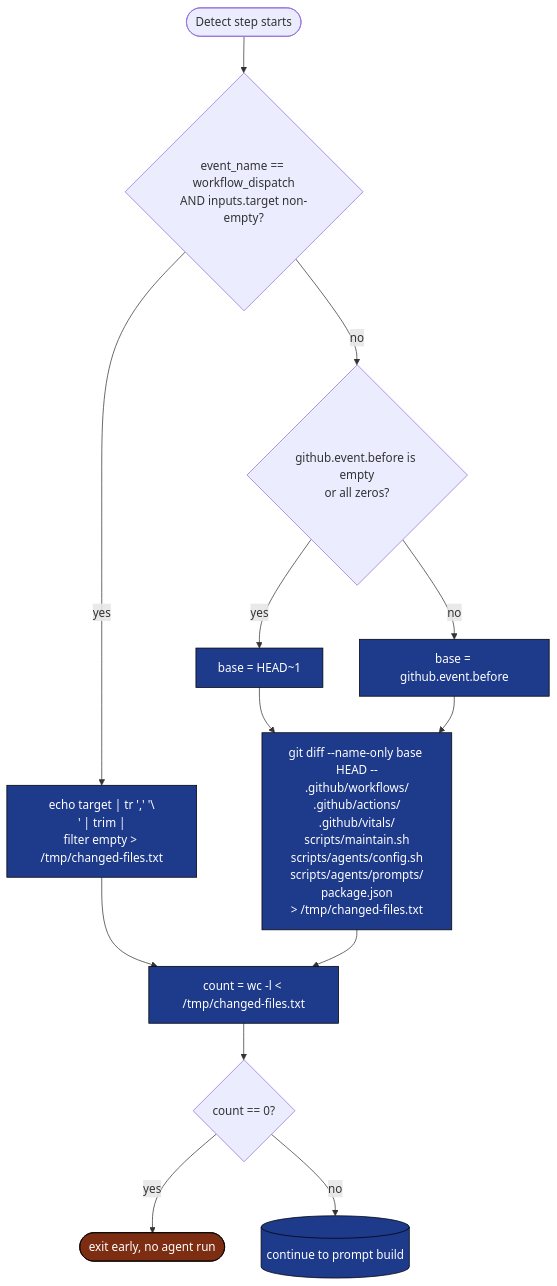
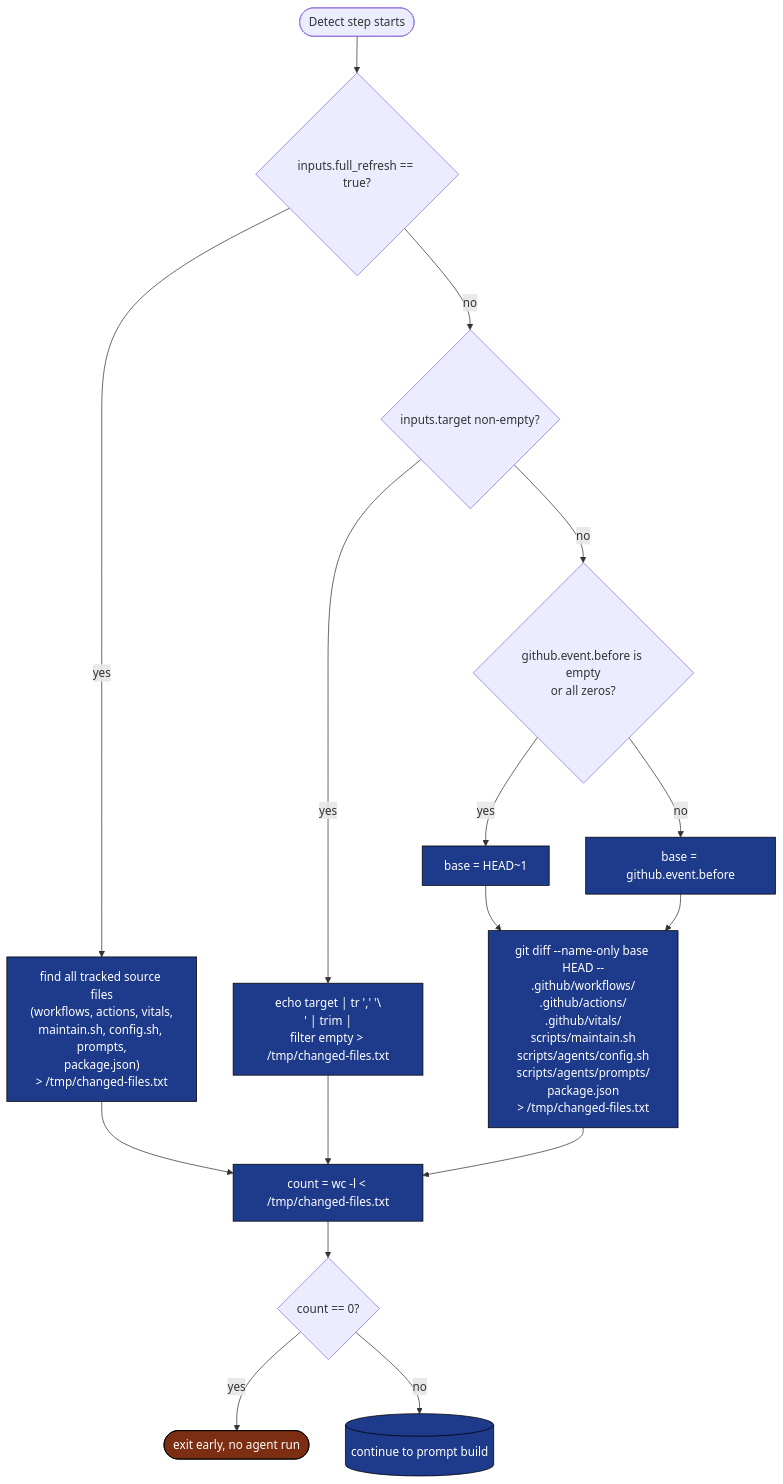
Before and after one commit to gregreindel/llm-exe: the seventh of 16 diagrams in .github/docs/DOCS_SYNC_DEEP_DIVE.md, drawn with Mermaid. The commit also changed other lines of this file and 4 other files, not shown here.

````diff
--- a/.github/docs/DOCS_SYNC_DEEP_DIVE.md
+++ b/.github/docs/DOCS_SYNC_DEEP_DIVE.md
@@ -286,19 +279,22 @@
 ```mermaid
 flowchart TB
     classDef cond fill:#7c2d12,color:#fff,stroke:#000
     classDef act fill:#1e3a8a,color:#fff,stroke:#000
 
     start([Detect step starts])
-    start --> q1{event_name == workflow_dispatch\nAND inputs.target non-empty?}
+    start --> q0{inputs.full_refresh == true?}
+    q0 -->|yes| a0["find all tracked source files\n(workflows, actions, vitals,\nmaintain.sh, config.sh, prompts,\npackage.json)\n> /tmp/changed-files.txt"]:::act
+    q0 -->|no| q1{inputs.target non-empty?}
     q1 -->|yes| a1["echo target | tr ',' '\\n' | trim |\nfilter empty > /tmp/changed-files.txt"]:::act
     q1 -->|no| q2{github.event.before is empty\nor all zeros?}
     q2 -->|yes| a2["base = HEAD~1"]:::act
     q2 -->|no| a3["base = github.event.before"]:::act
     a2 --> a4["git diff --name-only base HEAD --\n.github/workflows/\n.github/actions/\n.github/vitals/\nscripts/maintain.sh\nscripts/agents/config.sh\nscripts/agents/prompts/\npackage.json\n> /tmp/changed-files.txt"]:::act
     a3 --> a4
-    a1 --> a5["count = wc -l < /tmp/changed-files.txt"]:::act
+    a0 --> a5["count = wc -l < /tmp/changed-files.txt"]:::act
+    a1 --> a5
     a4 --> a5
     a5 --> q3{count == 0?}
     q3 -->|yes| stop([exit early, no agent run]):::cond
     q3 -->|no| go[(continue to prompt build)]:::act
 ```
````
